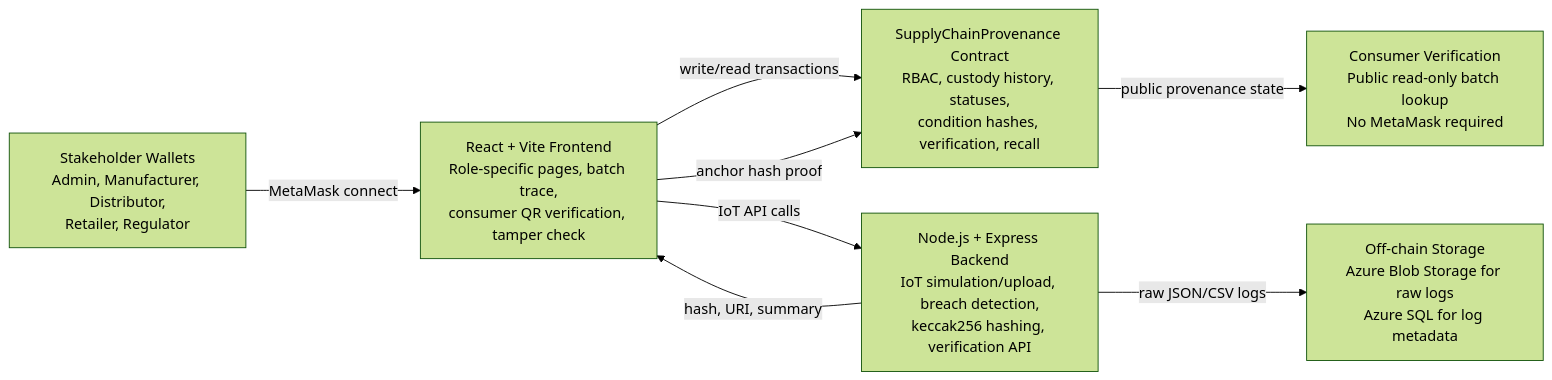
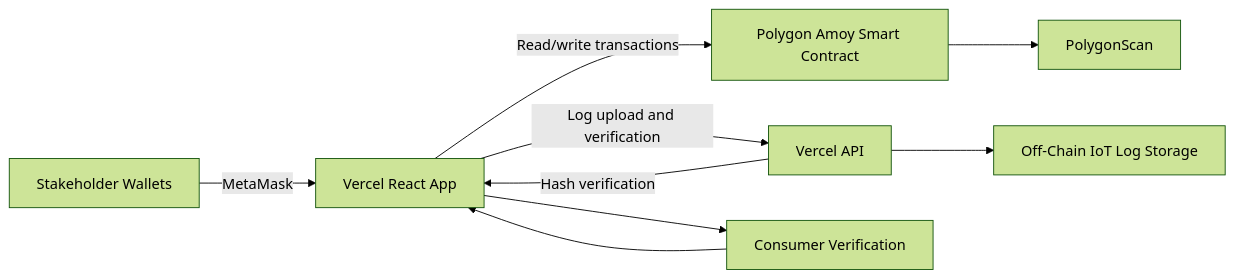
Before and after one commit to mganesh1610/Group-13-Blockchain-Based-Pharmaceutical-Shipments: the diagram in README.md, drawn with Mermaid (forest theme). The commit also changed other lines of this file, not shown here.

````diff
--- a/README.md
+++ b/README.md
@@ -67,17 +125,19 @@
 ```mermaid
 flowchart LR
-  wallets["Stakeholder Wallets<br/>Admin, Manufacturer, Distributor,<br/>Retailer, Regulator"]
-  frontend["React + Vite Frontend<br/>Role-specific pages, batch trace,<br/>consumer QR verification, tamper check"]
-  backend["Node.js + Express Backend<br/>IoT simulation/upload, breach detection,<br/>keccak256 hashing, verification API"]
-  storage["Off-chain Storage<br/>Azure Blob Storage for raw logs<br/>Azure SQL for log metadata"]
-  contract["SupplyChainProvenance Contract<br/>RBAC, custody history, statuses,<br/>condition hashes, verification, recall"]
-  consumer["Consumer Verification<br/>Public read-only batch lookup<br/>No MetaMask required"]
+  wallets["Stakeholder Wallets"]
+  frontend["Vercel React App"]
+  api["Vercel API"]
+  storage["Off-Chain IoT Log Storage"]
+  contract["Polygon Amoy Smart Contract"]
+  explorer["PolygonScan"]
+  consumer["Consumer Verification"]
 
-  wallets -->|MetaMask connect| frontend
-  frontend -->|write/read transactions| contract
-  frontend -->|IoT API calls| backend
-  backend -->|raw JSON/CSV logs| storage
-  backend -->|hash, URI, summary| frontend
-  frontend -->|anchor hash proof| contract
-  contract -->|public provenance state| consumer
+  wallets -->|MetaMask| frontend
+  frontend -->|Read/write transactions| contract
+  frontend -->|Log upload and verification| api
+  api --> storage
+  api -->|Hash verification| frontend
+  contract --> explorer
+  consumer --> frontend
+  frontend --> consumer
 ```
````
